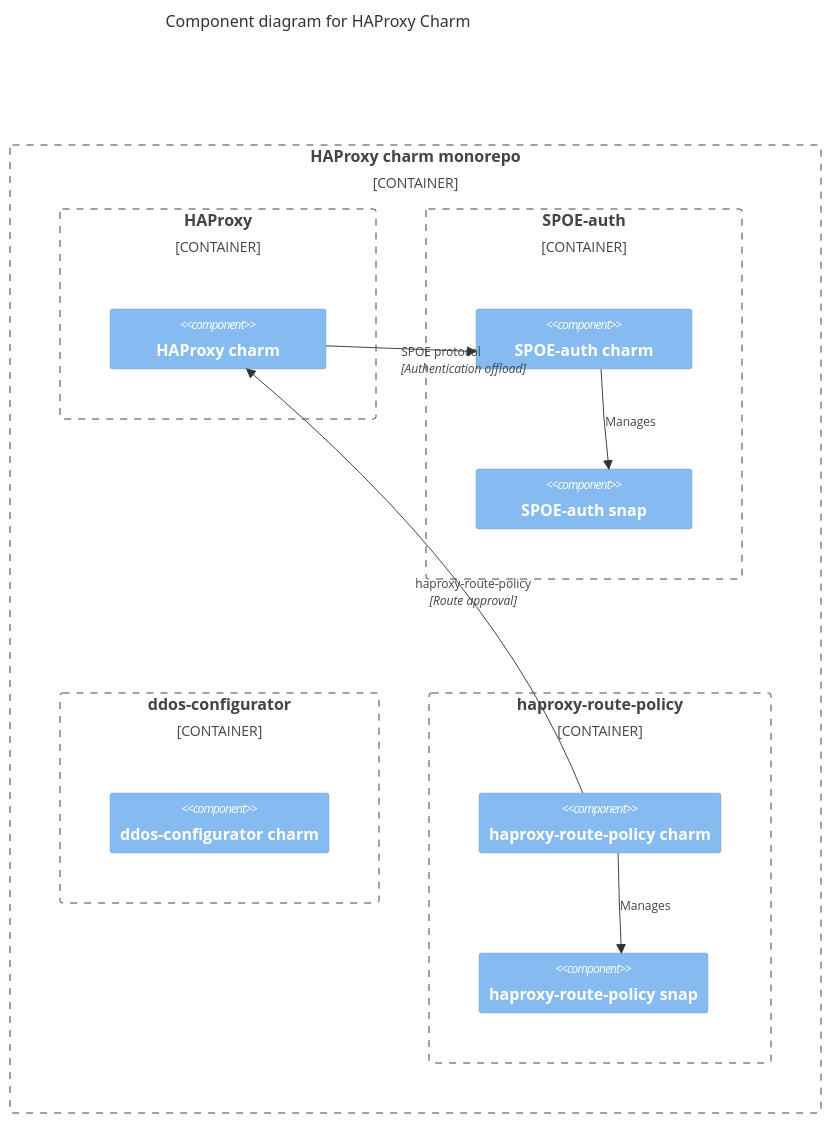
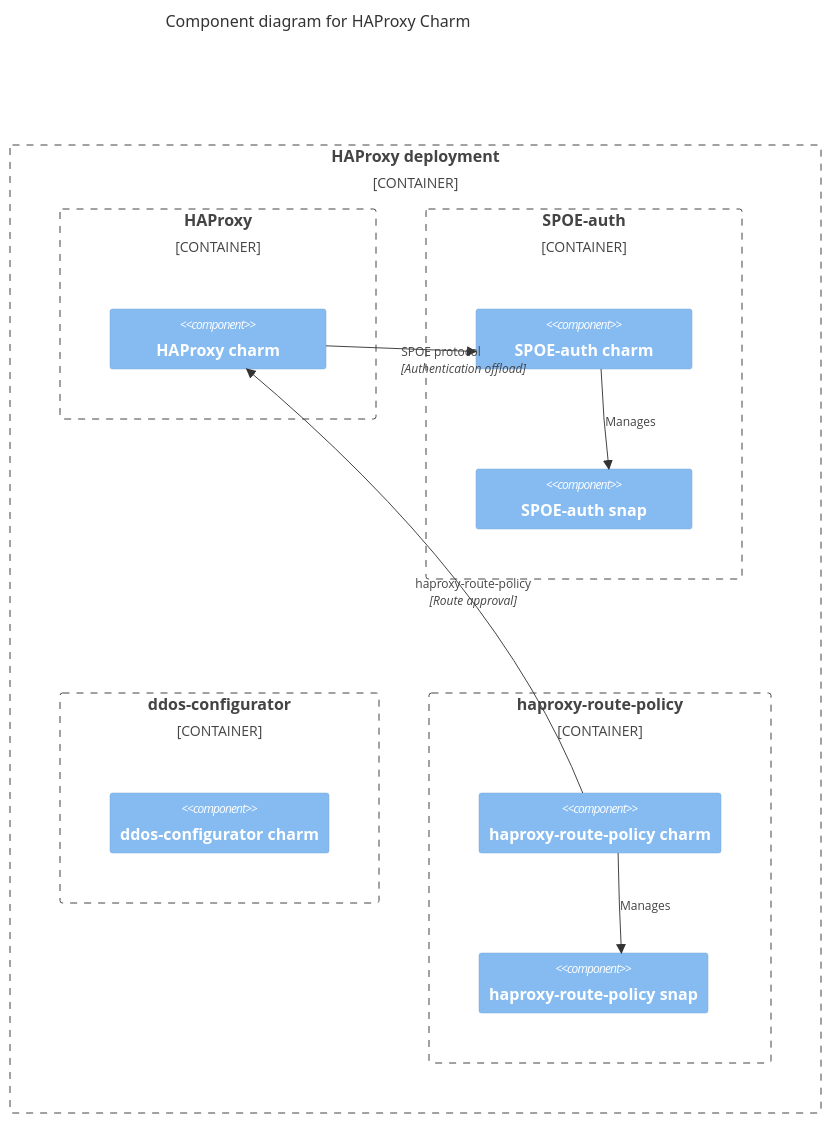
One commit to canonical/haproxy-operator changed the diagram in docs/explanation/project-architecture.md. Above: the diagram before and after it, drawn with Mermaid.

````diff
--- a/docs/explanation/project-architecture.md
+++ b/docs/explanation/project-architecture.md
@@ -26,26 +26,26 @@
 ```{mermaid}
 C4Component
 title Component diagram for HAProxy Charm
 
-Container_Boundary(haproxy, "HAProxy charm monorepo") {
+Container_Boundary(haproxy, "HAProxy deployment") {
     Container_Boundary(haproxy_charm, "HAProxy") {
         Component(charm, "HAProxy charm")
     }
     Container_Boundary(spoe, "SPOE-auth") {
         Component(spoe_auth, "SPOE-auth charm")
         Component(spoe_auth_snap, "SPOE-auth snap")
     }
     Container_Boundary(ddos, "ddos-configurator") {
         Component(ddos, "ddos-configurator charm")
     }
     Container_Boundary(haproxy_route_policy, "haproxy-route-policy") {
         Component(haproxy_route_policy_charm, "haproxy-route-policy charm")
         Component(haproxy_route_policy_snap, "haproxy-route-policy snap")
     }
 }
 
 Rel(charm, spoe_auth, "SPOE protocol", "Authentication offload")
 Rel(haproxy_route_policy_charm, charm, "haproxy-route-policy", "Route approval")
 Rel(spoe_auth, spoe_auth_snap, "Manages")
 Rel(haproxy_route_policy_charm, haproxy_route_policy_snap, "Manages")
 ```
````
